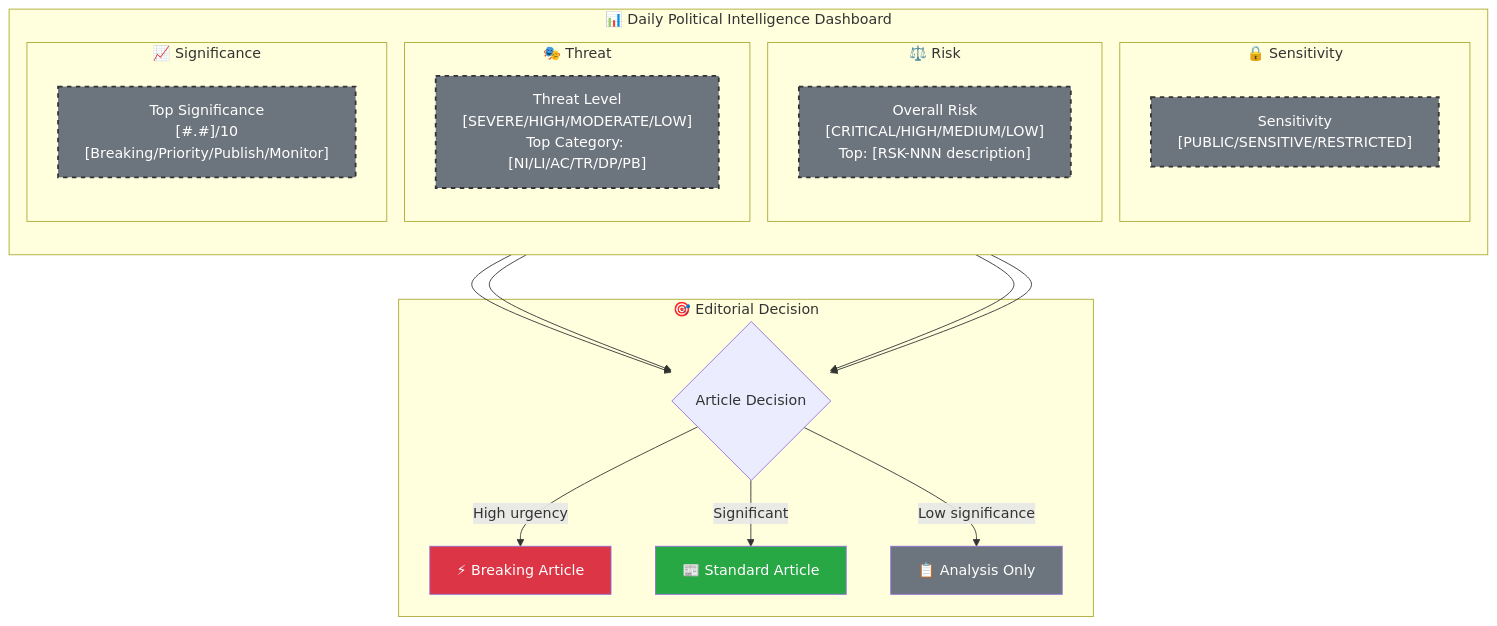
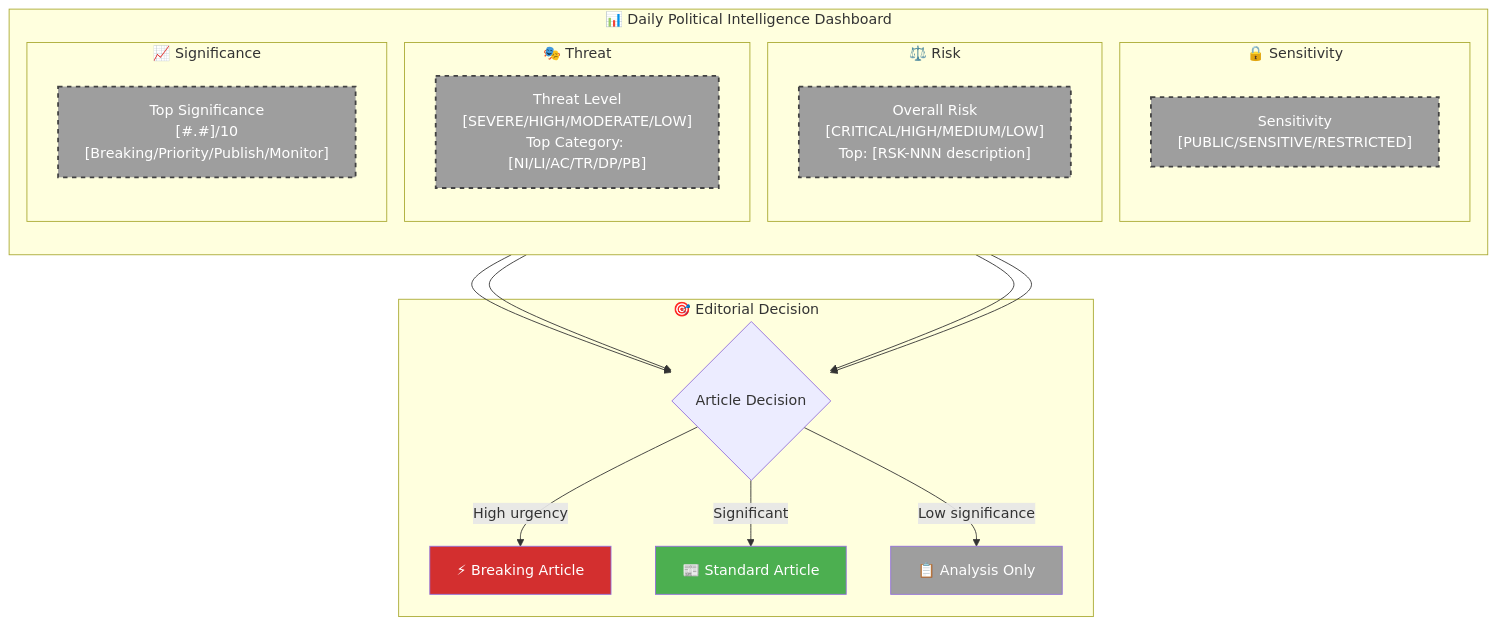
The first of 2 diagrams in analysis/templates/synthesis-summary.md (Hack23/riksdagsmonitor), drawn with Mermaid before and after one commit. The commit also changed other lines of this file and 14 other files, not shown here.

First line of the commit message:
Align analysis/ mermaid diagrams with ISMS Style Guide palette and convert SWOT to quadrantChart

````diff
--- a/analysis/templates/synthesis-summary.md
+++ b/analysis/templates/synthesis-summary.md
@@ -72,38 +72,38 @@
 ```mermaid
 graph TD
     subgraph "📊 Daily Political Intelligence Dashboard"
         direction TB
         subgraph "🔒 Sensitivity"
             CLS["Sensitivity<br/>[PUBLIC/SENSITIVE/RESTRICTED]"]
         end
         subgraph "⚖️ Risk"
             RSK["Overall Risk<br/>[CRITICAL/HIGH/MEDIUM/LOW]<br/>Top: [RSK-NNN description]"]
         end
         subgraph "🎭 Threat"
             THR["Threat Level<br/>[SEVERE/HIGH/MODERATE/LOW]<br/>Top Category: [NI/LI/AC/TR/DP/PB]"]
         end
         subgraph "📈 Significance"
             SIG["Top Significance<br/>[#.#]/10<br/>[Breaking/Priority/Publish/Monitor]"]
         end
     end
 
     subgraph "🎯 Editorial Decision"
         DEC{Article Decision}
         DEC -->|"High urgency"| BRK["⚡ Breaking Article"]
         DEC -->|"Significant"| STD["📰 Standard Article"]
         DEC -->|"Low significance"| MON["📋 Analysis Only"]
     end
 
     CLS --> DEC
     RSK --> DEC
     THR --> DEC
     SIG --> DEC
 
-    style CLS fill:#6c757d,stroke:#333,stroke-width:2px,stroke-dasharray:5 5,color:#fff
-    style RSK fill:#6c757d,stroke:#333,stroke-width:2px,stroke-dasharray:5 5,color:#fff
-    style THR fill:#6c757d,stroke:#333,stroke-width:2px,stroke-dasharray:5 5,color:#fff
-    style SIG fill:#6c757d,stroke:#333,stroke-width:2px,stroke-dasharray:5 5,color:#fff
-    style BRK fill:#dc3545,color:#fff
-    style STD fill:#28a745,color:#fff
-    style MON fill:#6c757d,color:#fff
+    style CLS fill:#9E9E9E,stroke:#424242,stroke-width:2px,stroke-dasharray:5 5,color:#FFFFFF
+    style RSK fill:#9E9E9E,stroke:#424242,stroke-width:2px,stroke-dasharray:5 5,color:#FFFFFF
+    style THR fill:#9E9E9E,stroke:#424242,stroke-width:2px,stroke-dasharray:5 5,color:#FFFFFF
+    style SIG fill:#9E9E9E,stroke:#424242,stroke-width:2px,stroke-dasharray:5 5,color:#FFFFFF
+    style BRK fill:#D32F2F,color:#FFFFFF
+    style STD fill:#4CAF50,color:#FFFFFF
+    style MON fill:#9E9E9E,color:#FFFFFF
 ```
````
